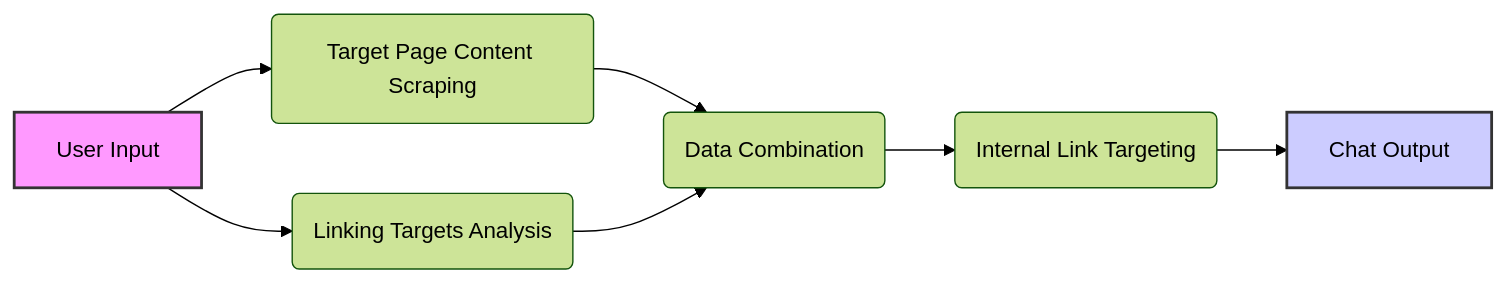
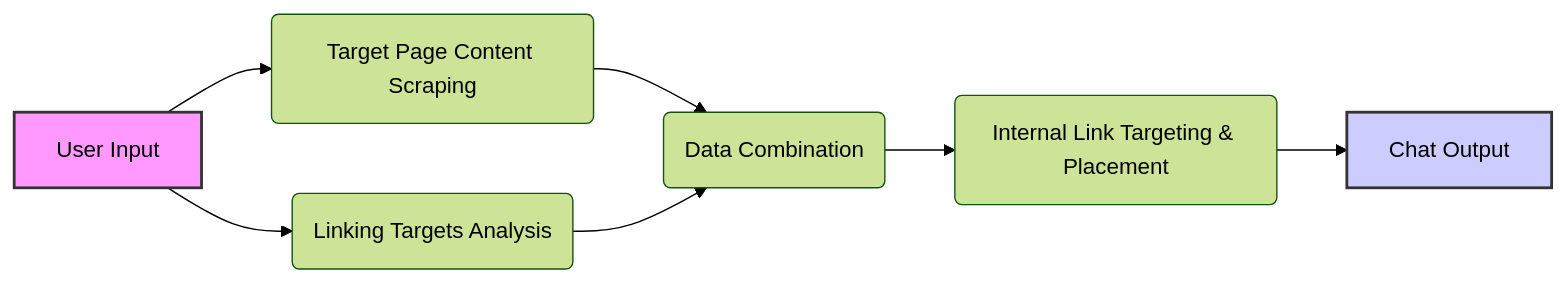
One commit to jmelm93/seoworkflows-aitooltuesday changed the diagram in 01-internal-linking-agent/README.md. Above: the diagram before and after it, drawn with Mermaid (forest theme). The commit also changed other lines of this file and 1 other file, not shown here.

Commit message:
added actual text adjustments to internal linking tool

````diff
--- a/01-internal-linking-agent/README.md
+++ b/01-internal-linking-agent/README.md
@@ -17,12 +17,12 @@
 ```mermaid
 graph LR
     A[User Input] --> B(Target Page Content Scraping);
     A --> C(Linking Targets Analysis);
     B --> D(Data Combination);
     C --> D;
-    D --> E(Internal Link Targeting);
+    D --> E(Internal Link Targeting & Placement);
     E --> F[Chat Output];
 
     style A fill:#f9f,stroke:#333,stroke-width:2px
     style F fill:#ccf,stroke:#333,stroke-width:2px
 ```
````
